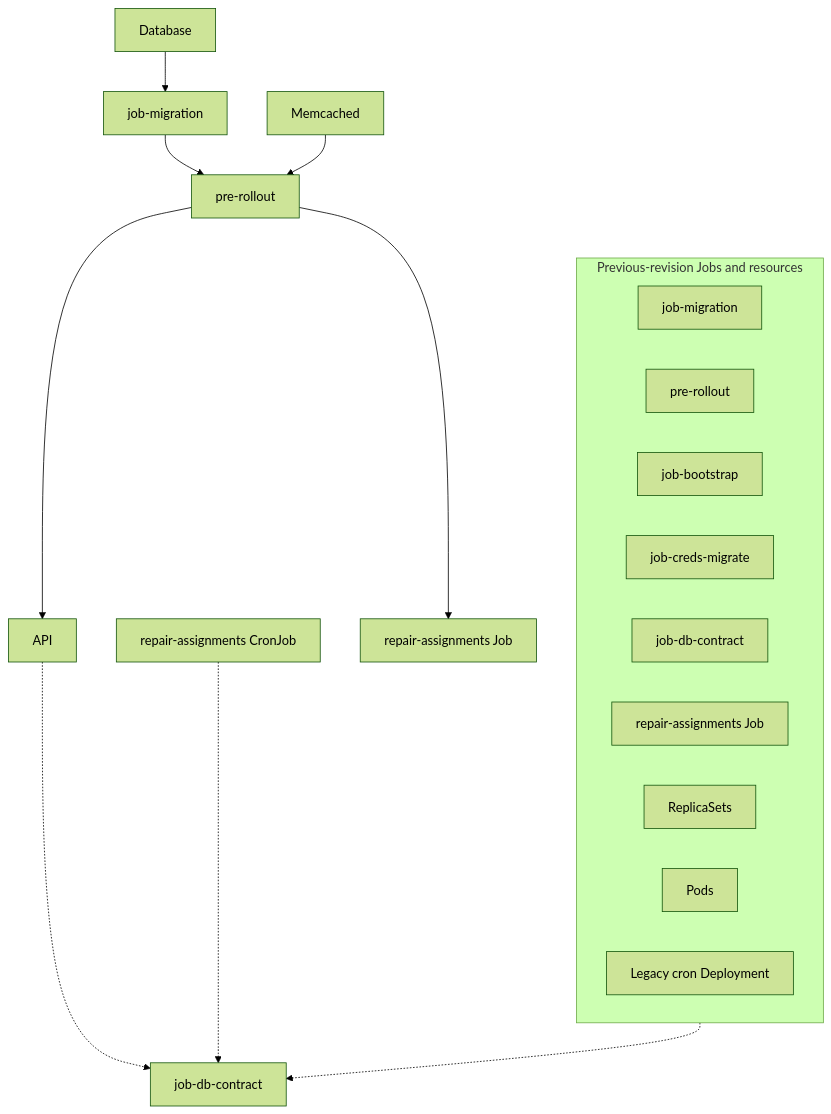
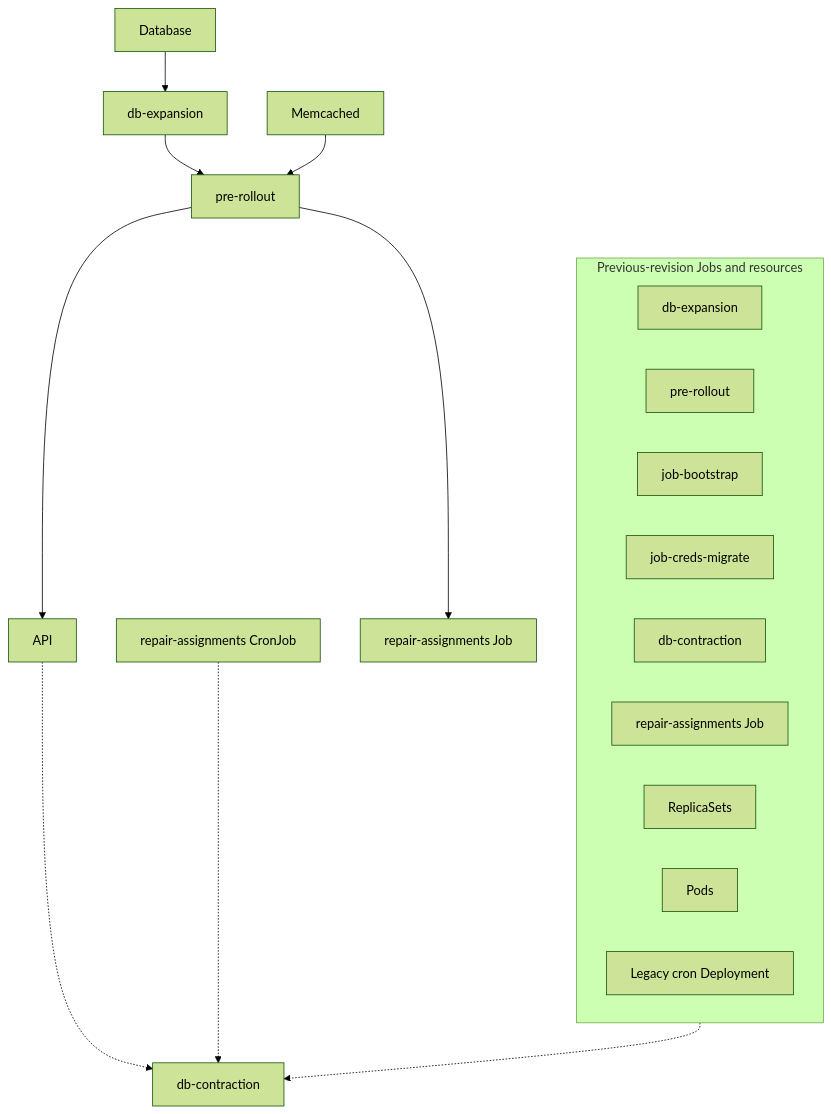
The second of 2 diagrams in openstack/keystone/README.md (sapcc/helm-charts), drawn with Mermaid (forest theme) before and after one commit. The commit also changed other lines of this file and 13 other files, not shown here.

````diff
--- a/openstack/keystone/README.md
+++ b/openstack/keystone/README.md
@@ -53,23 +53,23 @@
 ```mermaid
 flowchart TD
-    DB[Database] --> MIG[job-migration]
+    DB[Database] --> MIG[db-expansion]
     MIG --> PRE[pre-rollout]
     CACHE[Memcached] --> PRE
     PRE --> API[API]
     PRE --> REPAIR[repair-assignments Job]
-    API -.-> CONTRACT[job-db-contract]
+    API -.-> CONTRACT[db-contraction]
     CRON[repair-assignments CronJob] -.-> CONTRACT
 
     subgraph OLD[Previous-revision Jobs and resources]
-        OLD_MIG[job-migration]
+        OLD_MIG[db-expansion]
         OLD_PRE[pre-rollout]
         OLD_BOOT[job-bootstrap]
         OLD_CREDS[job-creds-migrate]
-        OLD_CONTRACT[job-db-contract]
+        OLD_CONTRACT[db-contraction]
         OLD_REPAIR[repair-assignments Job]
         OLD_RS[ReplicaSets]
         OLD_PODS[Pods]
         LEGACY[Legacy cron Deployment]
     end
     OLD -.-> CONTRACT
 ```
````
